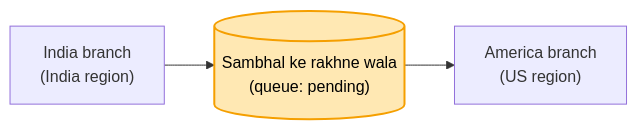
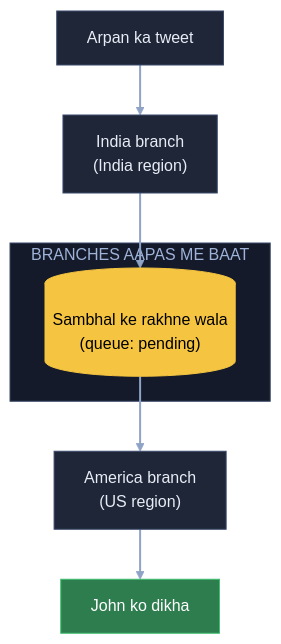
One commit to ArpanMaheshwari144/Prep changed the ninth of 15 diagrams in 04_HLD/SYSTEM_DESIGNS/03_twitter_feed/03_twitter_feed.md. Above: the diagram before and after it, drawn with Mermaid. The commit also changed other lines of this file, not shown here.

Commit message:
Twitter: 15 diagram YouTube (reel) wale card andaaz me

````diff
--- a/04_HLD/SYSTEM_DESIGNS/03_twitter_feed/03_twitter_feed.md
+++ b/04_HLD/SYSTEM_DESIGNS/03_twitter_feed/03_twitter_feed.md
@@ -213,6 +307,20 @@
 ```mermaid
-flowchart LR
-    IN["India branch<br/>(India region)"] --> Q[("Sambhal ke rakhne wala<br/>(queue: pending)")]
-    Q --> US["America branch<br/>(US region)"]
-    style Q fill:#ffe8b3,stroke:#f59f00,stroke-width:2px,color:#000
+flowchart TB
+    A["Arpan ka tweet"]:::card
+    IN["India branch<br/>(India region)"]:::card
+    subgraph BB["BRANCHES AAPAS ME BAAT"]
+        Q[("Sambhal ke rakhne wala<br/>(queue: pending)")]:::pill
+    end
+    US["America branch<br/>(US region)"]:::card
+    J["John ko dikha"]:::good
+    A --> IN
+    IN --> Q
+    Q --> US
+    US --> J
+    linkStyle default stroke:#8fa3c7,stroke-width:2px
+    classDef card fill:#1e2638,stroke:#3a4a6b,color:#e8ecf5
+    classDef pill fill:#f5c542,stroke:#f5c542,color:#000
+    classDef good fill:#2e7d4f,stroke:#3fbf6f,color:#fff
+    classDef bad fill:#5c1f24,stroke:#e05561,color:#fff
+    style BB fill:#141a29,stroke:#3a4a6b,color:#9fb3d9
 ```
````
